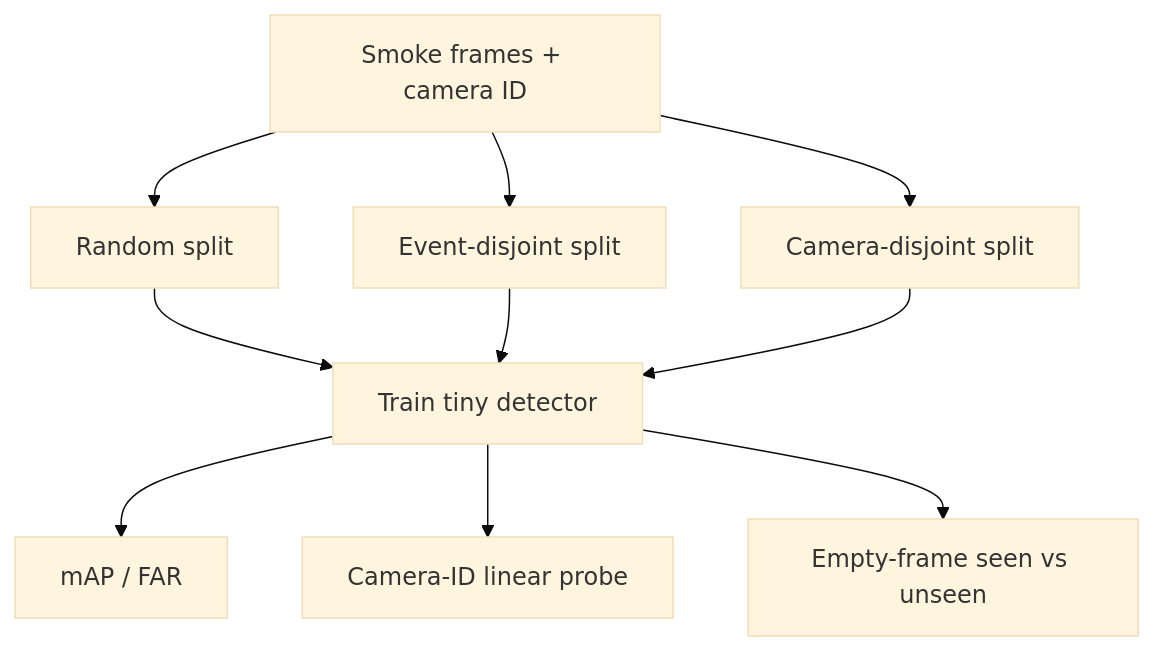
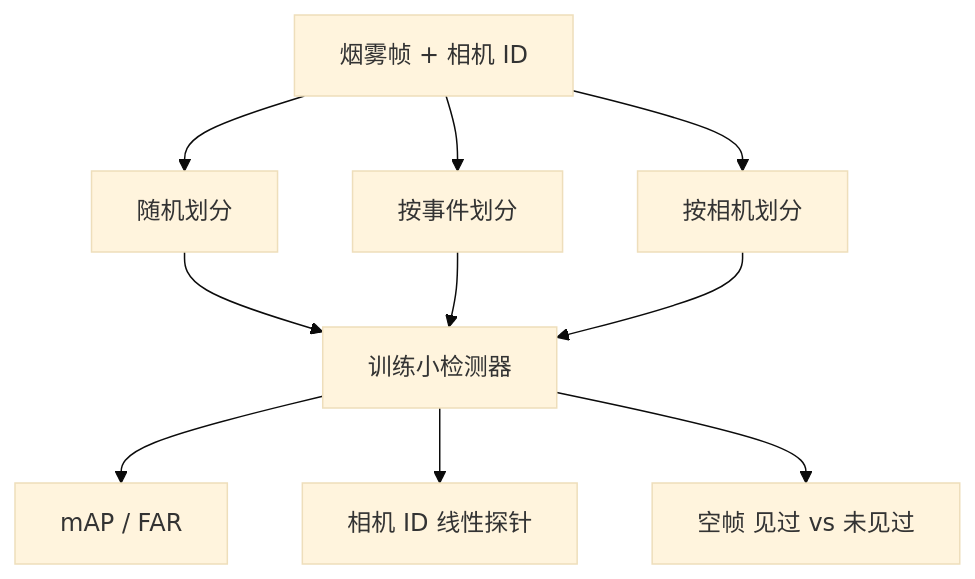
One commit to songkang688/idea changed the diagram in Windows6/Idea_02/diagrams/system.md. Above: the diagram before and after it, drawn with Mermaid (base theme). The commit also changed 7 other files, not shown here.

Commit message:
docs(i18n): translate Windows6 diagrams, references, Idea_01 roadmap and literature to Chinese

````diff
--- a/Windows6/Idea_02/diagrams/system.md
+++ b/Windows6/Idea_02/diagrams/system.md
@@ -1,12 +1,12 @@
 ```mermaid
 flowchart TB
-  D[Smoke frames + camera ID] --> R[Random split]
-  D --> E[Event-disjoint split]
-  D --> C[Camera-disjoint split]
-  R --> T[Train tiny detector]
+  D[烟雾帧 + 相机 ID] --> R[随机划分]
+  D --> E[按事件划分]
+  D --> C[按相机划分]
+  R --> T[训练小检测器]
   E --> T
   C --> T
   T --> M[mAP / FAR]
-  T --> P[Camera-ID linear probe]
-  T --> F[Empty-frame seen vs unseen]
+  T --> P[相机 ID 线性探针]
+  T --> F[空帧 见过 vs 未见过]
 ```
````
